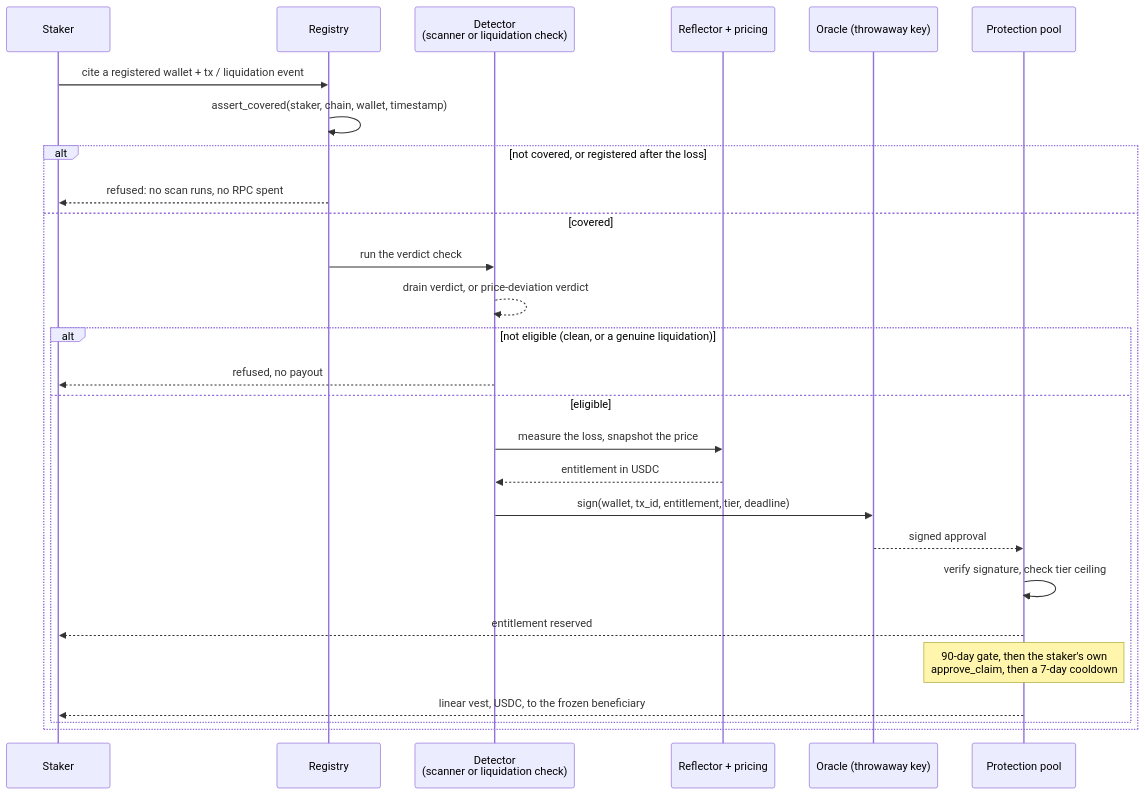
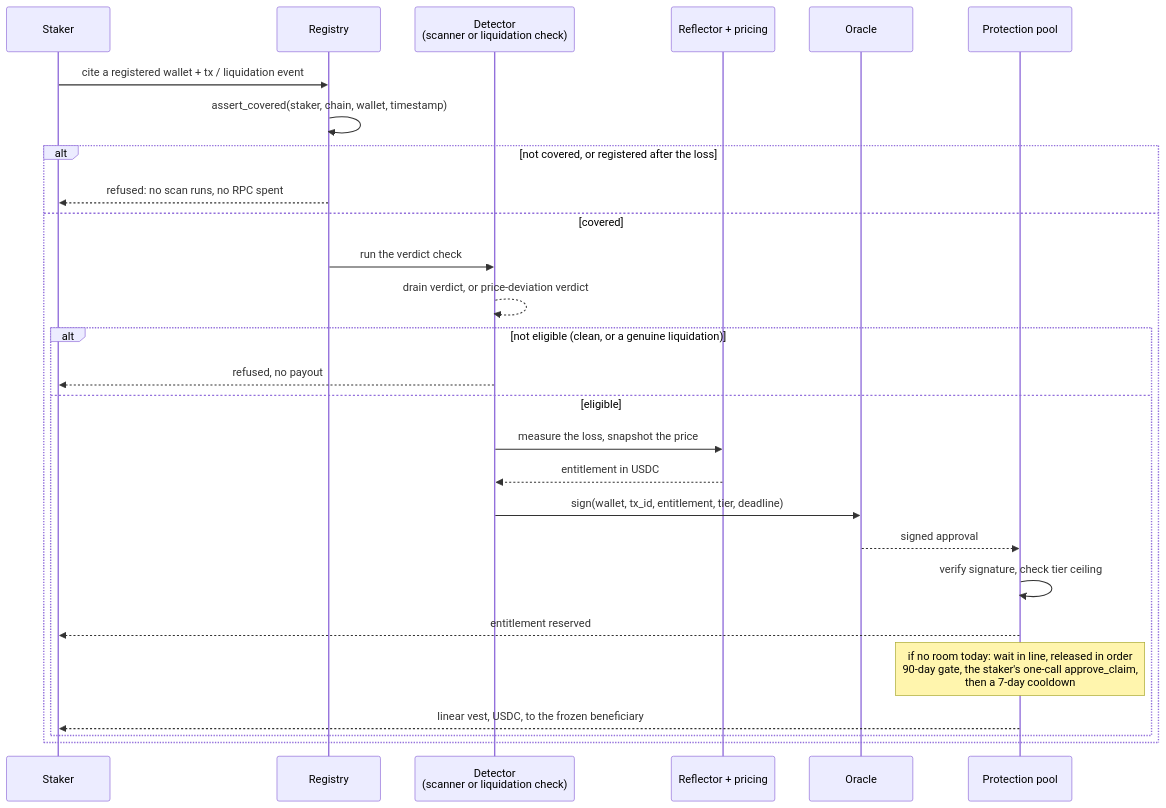
One commit to mrkanchwala/safu_multichain changed the second of 3 diagrams in docs/ARCHITECTURE.md. Above: the diagram before and after it, drawn with Mermaid. The commit also changed other lines of this file and 5 other files, not shown here.

Commit message:
docs: describe the new pool (settings, upgrades, claim line, backing drip, overflow, points, upkeep, rounding reserve); testing counts, mutation and Scout sections; disclosures 4 and 6-9

````diff
--- a/docs/ARCHITECTURE.md
+++ b/docs/ARCHITECTURE.md
@@ -53,30 +53,30 @@
 ```mermaid
 sequenceDiagram
     participant U as Staker
     participant R as Registry
     participant D as Detector<br/>(scanner or liquidation check)
     participant P as Reflector + pricing
-    participant O as Oracle (throwaway key)
+    participant O as Oracle
     participant C as Protection pool
 
     U->>R: cite a registered wallet + tx / liquidation event
     R->>R: assert_covered(staker, chain, wallet, timestamp)
     alt not covered, or registered after the loss
         R-->>U: refused: no scan runs, no RPC spent
     else covered
         R->>D: run the verdict check
         D-->>D: drain verdict, or price-deviation verdict
         alt not eligible (clean, or a genuine liquidation)
             D-->>U: refused, no payout
         else eligible
             D->>P: measure the loss, snapshot the price
             P-->>D: entitlement in USDC
             D->>O: sign(wallet, tx_id, entitlement, tier, deadline)
             O-->>C: signed approval
             C->>C: verify signature, check tier ceiling
             C-->>U: entitlement reserved
-            Note over C: 90-day gate, then the staker's own<br/>approve_claim, then a 7-day cooldown
+            Note over C: if no room today: wait in line, released in order<br/>90-day gate, the staker's one-call approve_claim,<br/>then a 7-day cooldown
             C-->>U: linear vest, USDC, to the frozen beneficiary
         end
     end
 ```
````
